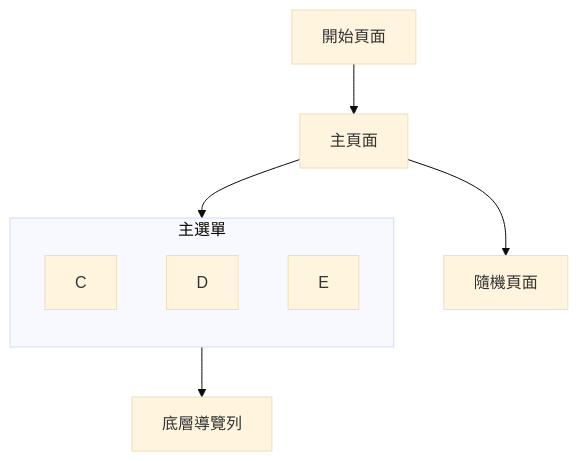
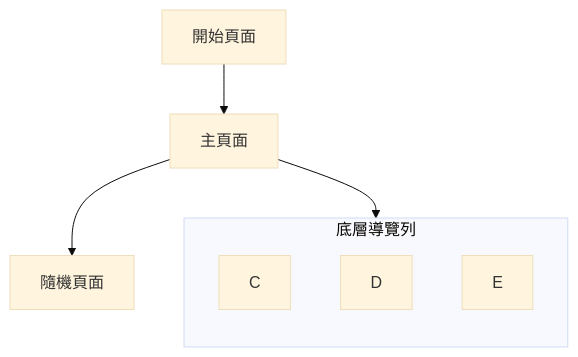
One commit to minicoursedev/flutter_for_beginners changed the diagram in homework/0/app_sitemap.md. Above: the diagram before and after it, drawn with Mermaid (base theme). The commit also changed other lines of this file and 1 other file, not shown here.

Commit message:
modified:   course_list.md 	modified:   homework/0/app_sitemap.md

````diff
--- a/homework/0/app_sitemap.md
+++ b/homework/0/app_sitemap.md
@@ -5,14 +3,12 @@
 ```mermaid
 flowchart TD
     A[開始頁面] --> B[主頁面] --> 隨機頁面
     
-    subgraph menu [主選單]
-        direction TB
+    subgraph menu [底層導覽列]
+        direction BT
         C
         D
         E
     end
     B --> menu  
-    menu --> 底層導覽列
-
 ```
````
